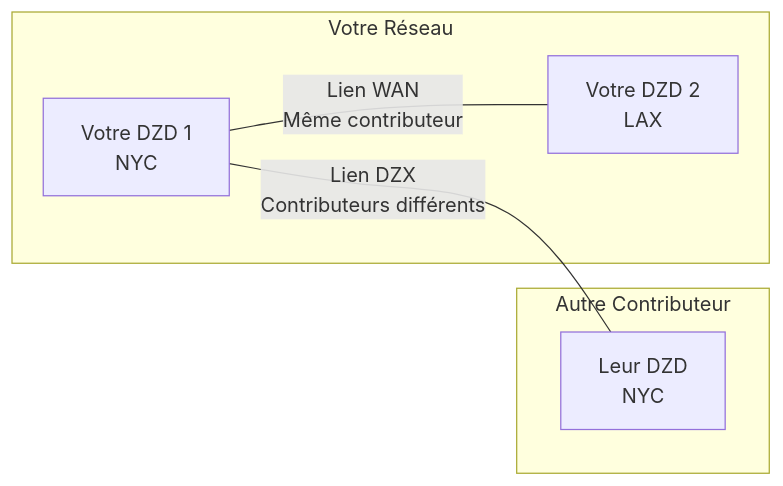
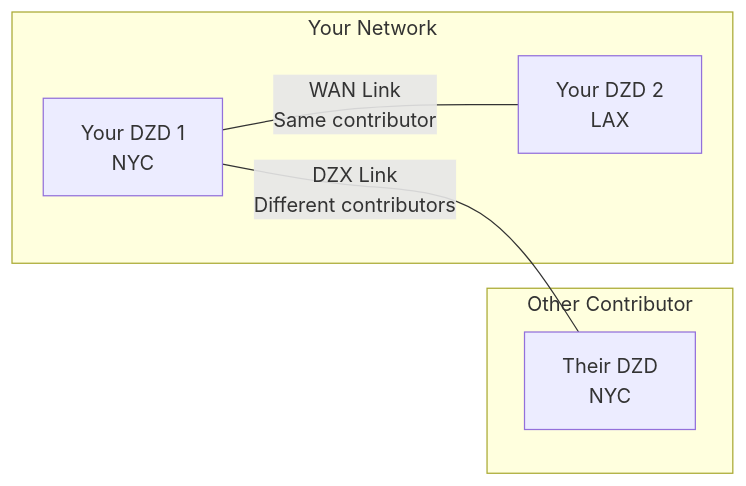
Diagram 11 of 13 in docs/contribute-provisioning.fr.md (malbeclabs/docs), drawn with Mermaid before and after one commit. The commit also changed other lines of this file and 160 other files, not shown here.

````diff
--- a/docs/contribute-provisioning.fr.md
+++ b/docs/contribute-provisioning.fr.md
@@ -578,14 +647,14 @@
 ```mermaid
 flowchart LR
-    subgraph "Votre Réseau"
-        D1[Votre DZD 1<br/>NYC]
-        D2[Votre DZD 2<br/>LAX]
+    subgraph "Your Network"
+        D1[Your DZD 1<br/>NYC]
+        D2[Your DZD 2<br/>LAX]
     end
 
-    subgraph "Autre Contributeur"
-        O1[Leur DZD<br/>NYC]
+    subgraph "Other Contributor"
+        O1[Their DZD<br/>NYC]
     end
 
-    D1 ---|Lien WAN<br/>Même contributeur| D2
-    D1 ---|Lien DZX<br/>Contributeurs différents| O1
+    D1 ---|WAN Link<br/>Same contributor| D2
+    D1 ---|DZX Link<br/>Different contributors| O1
 ```
````
